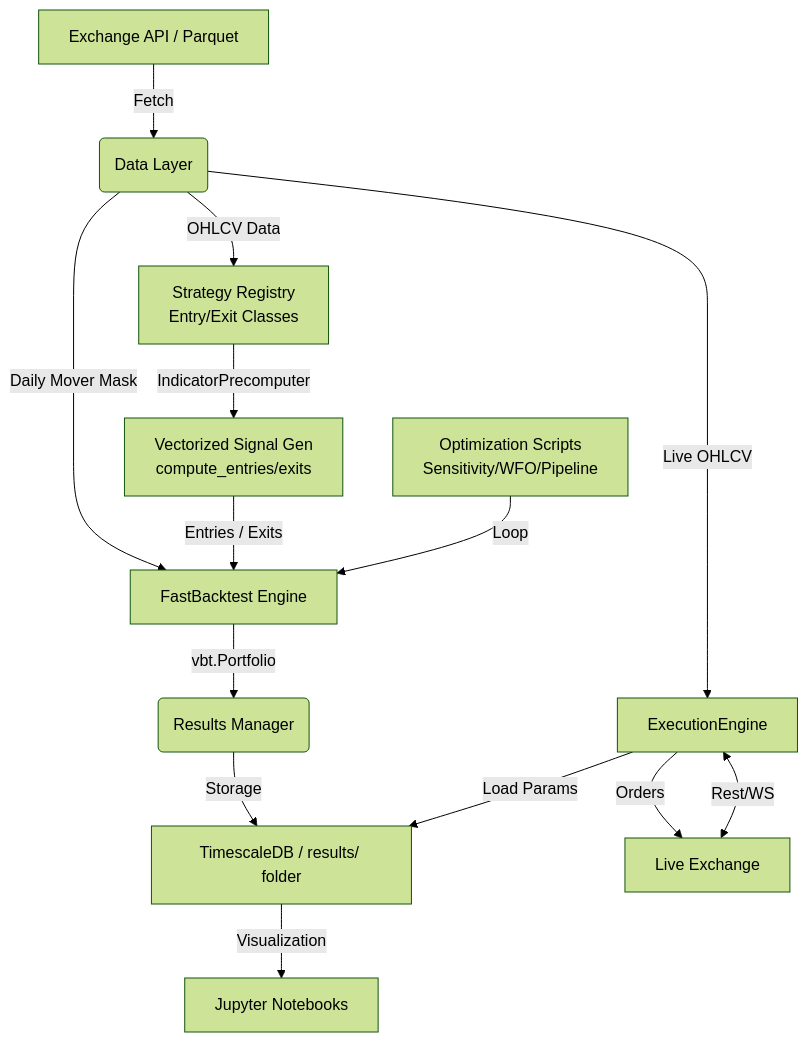
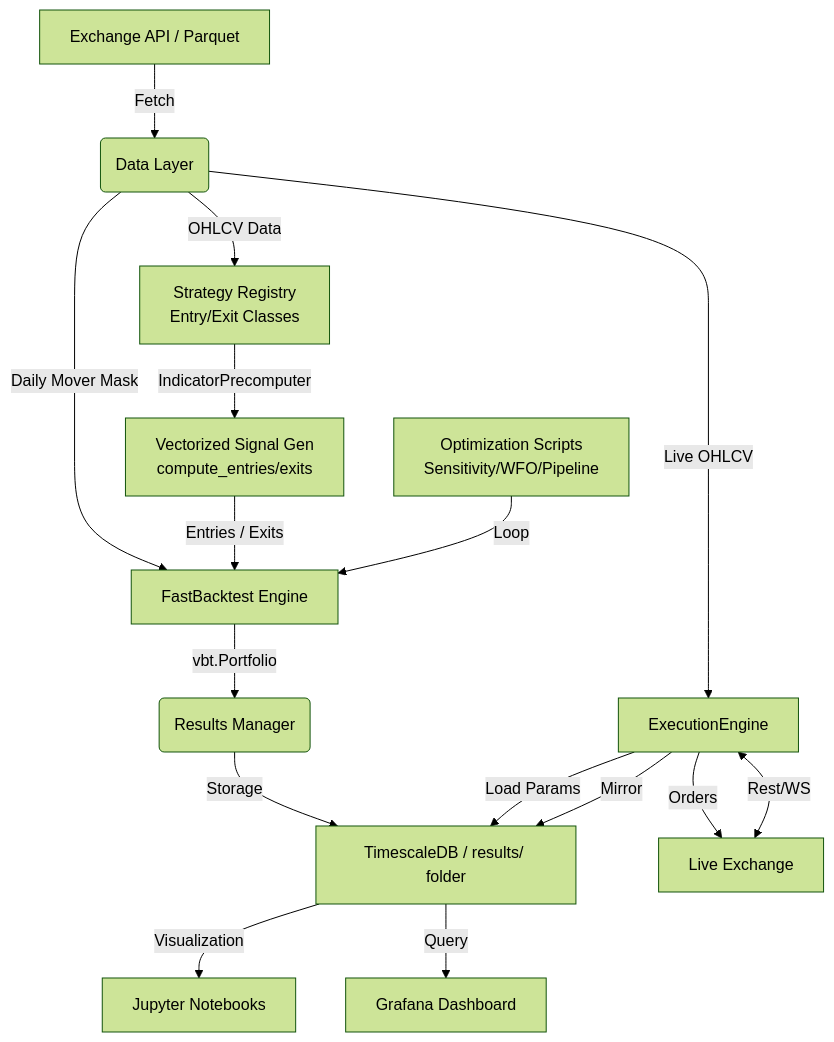
One commit to garykuepper/ggTrader changed the second of 2 diagrams in docs/architecture.md. Above: the diagram before and after it, drawn with Mermaid (forest theme). The commit also changed other lines of this file and 10 other files, not shown here.

````diff
--- a/docs/architecture.md
+++ b/docs/architecture.md
@@ -177,16 +185,18 @@
 ```mermaid
 graph TD
     A[Exchange API / Parquet] -->|Fetch| B(Data Layer)
     B -->|OHLCV Data| C["Strategy Registry<br/>Entry/Exit Classes"]
     B -->|Daily Mover Mask| D[FastBacktest Engine]
     C -->|IndicatorPrecomputer| E["Vectorized Signal Gen<br/>compute_entries/exits"]
     E -->|Entries / Exits| D
     D -->|vbt.Portfolio| F(Results Manager)
     F -->|Storage| G[TimescaleDB / results/ folder]
     H["Optimization Scripts<br/>Sensitivity/WFO/Pipeline"] -->|Loop| D
     G -->|Visualization| I[Jupyter Notebooks]
     J[Live Exchange] <-->|Rest/WS| K[ExecutionEngine]
     K -->|Load Params| G
     B -->|Live OHLCV| K
     K -->|Orders| J
+    K -->|Mirror| G
+    G -->|Query| L[Grafana Dashboard]
 ```
````
